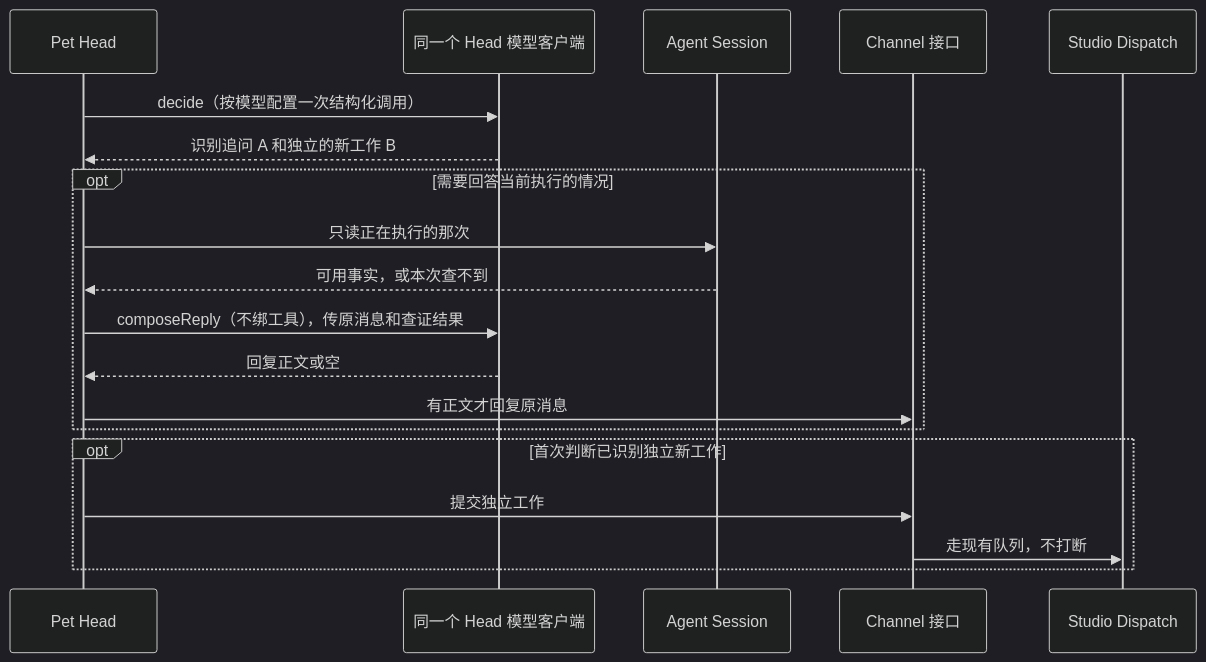
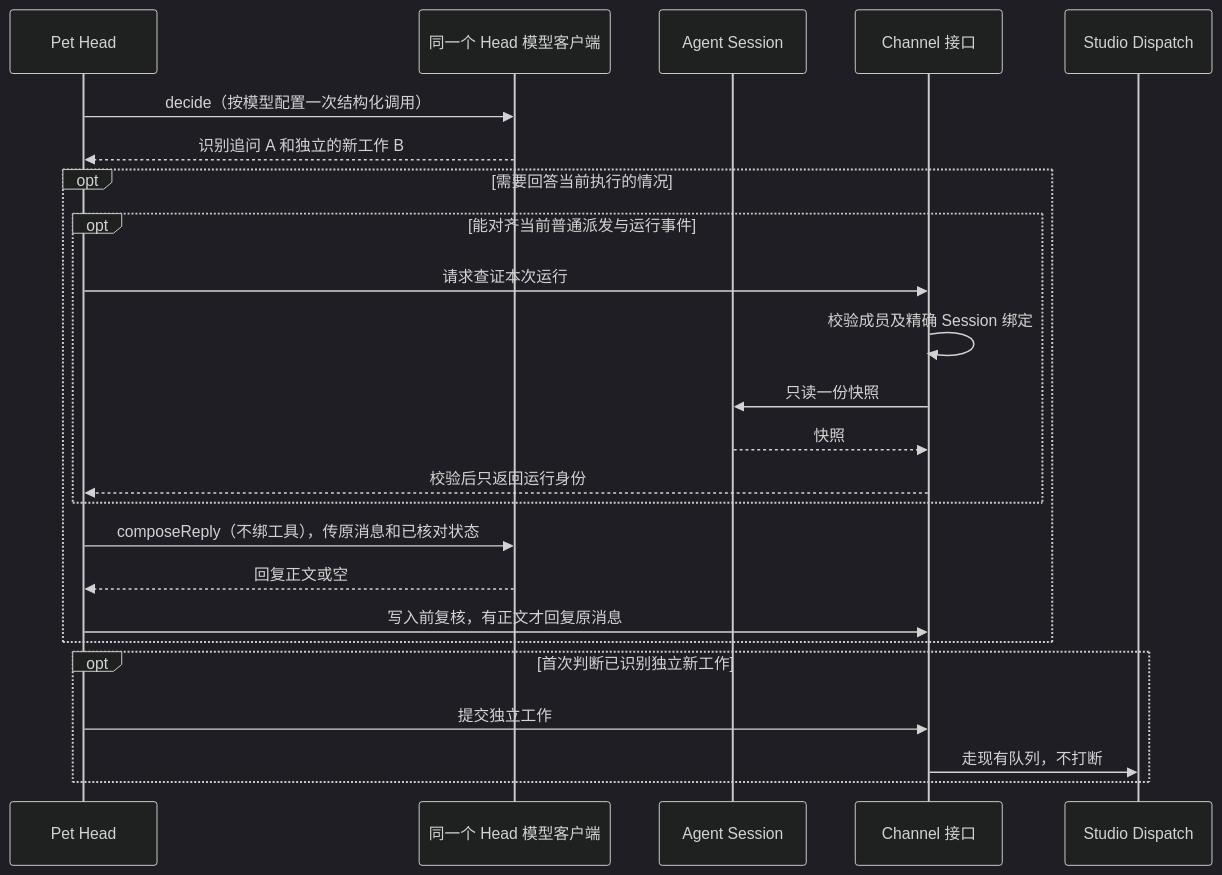
The fourth of 5 diagrams in docs/design/studio/pet-head-mechanism.md (pinpawo/pinpawo-agent), drawn with Mermaid (dark theme) before and after one commit. The commit also changed other lines of this file and 12 other files, not shown here.

````diff
--- a/docs/design/studio/pet-head-mechanism.md
+++ b/docs/design/studio/pet-head-mechanism.md
@@ -93,21 +95,26 @@
 ```mermaid
 sequenceDiagram
     participant H as Pet Head
     participant M as 同一个 Head 模型客户端
     participant S as Agent Session
     participant C as Channel 接口
     participant D as Studio Dispatch
     H->>M: decide（按模型配置一次结构化调用）
     M-->>H: 识别追问 A 和独立的新工作 B
     opt 需要回答当前执行的情况
-        H->>S: 只读正在执行的那次
-        S-->>H: 可用事实，或本次查不到
-        H->>M: composeReply（不绑工具），传原消息和查证结果
+        opt 能对齐当前普通派发与运行事件
+            H->>C: 请求查证本次运行
+            C->>C: 校验成员及精确 Session 绑定
+            C->>S: 只读一份快照
+            S-->>C: 快照
+            C-->>H: 校验后只返回运行身份
+        end
+        H->>M: composeReply（不绑工具），传原消息和已核对状态
         M-->>H: 回复正文或空
-        H->>C: 有正文才回复原消息
+        H->>C: 写入前复核，有正文才回复原消息
     end
     opt 首次判断已识别独立新工作
         H->>C: 提交独立工作
         C->>D: 走现有队列，不打断
     end
 ```
````
